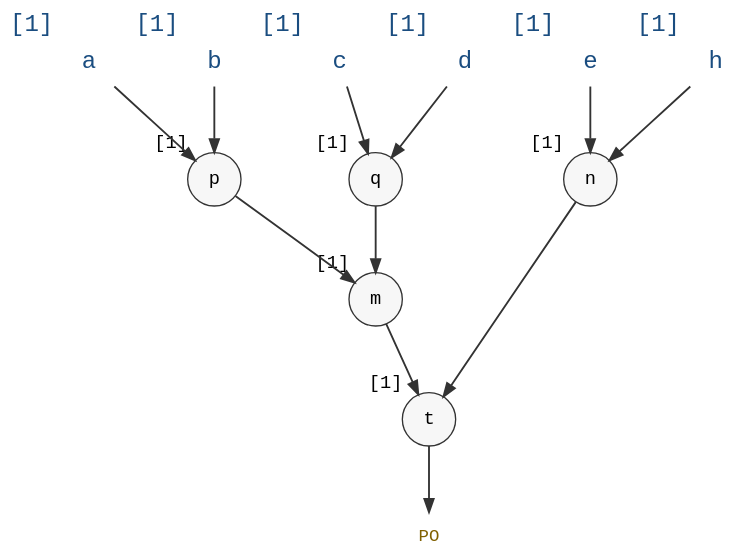
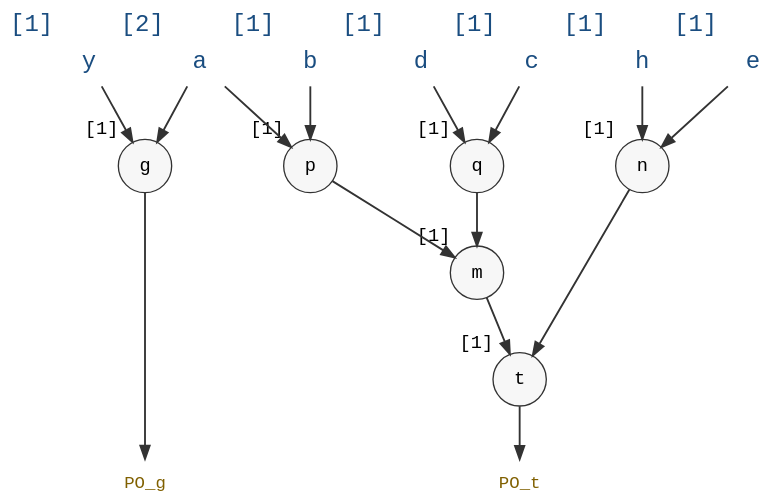
Before and after one commit to cyberseihis/abc-synthesis-notes: the diagram in viz/diagrams/mffc_demo.dot, drawn with Graphviz. The commit also changed 2 other files, not shown here.

Commit message:
mffc: add a second output (g) so MFFC is a strict subset of the AIG
The previous version had every node feeding only into the target t,
so the cone above the cut was the entire AIG above PIs — MFFC was
indistinguishable from 'all the ANDs', defeating the demo.

Now the AIG has TWO outputs:
  t = m & n   (target — its cone is {t, m, n})
  g = a & y   (separate output)

t and g share PI 'a' but their internal ANDs are disjoint. After the
deref of t with cut {p, q, e, h}, the MFFC = {t, m, n} (3 of 6 ANDs).
g, y, PO_g, and a's fanout edge to g are visibly untouched — they
were never reached by the MFFC walk. So 'private cone' now contrasts
with visible non-private structure.

```diff
--- a/viz/diagrams/mffc_demo.dot
+++ b/viz/diagrams/mffc_demo.dot
@@ -1,47 +1,57 @@
 // Circuit for the MFFC walkthrough.
-// Target node t. Cut for t is {p, q, e, h} — two internal ANDs (p, q)
-// and two PIs (e, h). The boost on cut leaves is what stops the deref
-// from walking past p and q into a, b, c, d.
 //
-// Every node carries an xlabel "[N]" where N is its initial fanout count.
-// Per-step textReplace updates each node's "name\n[count]" to animate
-// the counters as deref/ref decrements them.
+// Two outputs: t (target) and g (separate). They share PI a but have
+// disjoint internal cones. So the AIG has visible structure outside
+// t's MFFC, namely g and its PI y.
+//
+// Cut for t: {p, q, e, h} — two internal ANDs (p, q) and two PIs.
+// Cut leaves all have fanout 1 INTO t's cone, so the boost is what
+// stops deref from walking past them.
+//
+// Initial fanouts per node are baked into xlabels [N]; per-step
+// textReplace updates them as deref decrements.
 digraph mffc_demo {
     rankdir = TB
-    ranksep = 0.7
-    nodesep = 0.55
+    ranksep = 0.55
+    nodesep = 0.4
     bgcolor = "transparent"
     node [fontname = "monospace", fontsize = 14, color = "#333333"]
     edge [color = "#333333", penwidth = 1.4]
 
     { rank = source
-      a [id="node-a", label="a", xlabel="[1]", shape=plaintext, fontsize=18, fontcolor="#1a4d80"]
+      a [id="node-a", label="a", xlabel="[2]", shape=plaintext, fontsize=18, fontcolor="#1a4d80"]
       b [id="node-b", label="b", xlabel="[1]", shape=plaintext, fontsize=18, fontcolor="#1a4d80"]
       c [id="node-c", label="c", xlabel="[1]", shape=plaintext, fontsize=18, fontcolor="#1a4d80"]
       d [id="node-d", label="d", xlabel="[1]", shape=plaintext, fontsize=18, fontcolor="#1a4d80"]
       e [id="node-e", label="e", xlabel="[1]", shape=plaintext, fontsize=18, fontcolor="#1a4d80"]
       h [id="node-h", label="h", xlabel="[1]", shape=plaintext, fontsize=18, fontcolor="#1a4d80"]
+      y [id="node-y", label="y", xlabel="[1]", shape=plaintext, fontsize=18, fontcolor="#1a4d80"]
     }
 
     p [id="node-p", label="p", xlabel="[1]", shape=circle, width=0.55, fixedsize=true, style=filled, fillcolor="#f7f7f7"]
     q [id="node-q", label="q", xlabel="[1]", shape=circle, width=0.55, fixedsize=true, style=filled, fillcolor="#f7f7f7"]
     m [id="node-m", label="m", xlabel="[1]", shape=circle, width=0.55, fixedsize=true, style=filled, fillcolor="#f7f7f7"]
     n [id="node-n", label="n", xlabel="[1]", shape=circle, width=0.55, fixedsize=true, style=filled, fillcolor="#f7f7f7"]
     t [id="node-t", label="t", xlabel="[1]", shape=circle, width=0.55, fixedsize=true, style=filled, fillcolor="#f7f7f7"]
+    g [id="node-g", label="g", xlabel="[1]", shape=circle, width=0.55, fixedsize=true, style=filled, fillcolor="#f7f7f7"]
 
     { rank = sink
-      PO [id="node-PO", label="PO", shape=plaintext, fontsize=13, fontcolor="#806000"]
+      POt [id="node-POt", label="PO_t", shape=plaintext, fontsize=13, fontcolor="#806000"]
+      POg [id="node-POg", label="PO_g", shape=plaintext, fontsize=13, fontcolor="#806000"]
     }
 
     a -> p [id="edge-a-p"]
     b -> p [id="edge-b-p"]
     c -> q [id="edge-c-q"]
     d -> q [id="edge-d-q"]
     p -> m [id="edge-p-m"]
     q -> m [id="edge-q-m"]
     e -> n [id="edge-e-n"]
     h -> n [id="edge-h-n"]
     m -> t [id="edge-m-t"]
     n -> t [id="edge-n-t"]
-    t -> PO [id="edge-t-PO"]
+    a -> g [id="edge-a-g"]
+    y -> g [id="edge-y-g"]
+    t -> POt [id="edge-t-POt"]
+    g -> POg [id="edge-g-POg"]
 }
```
